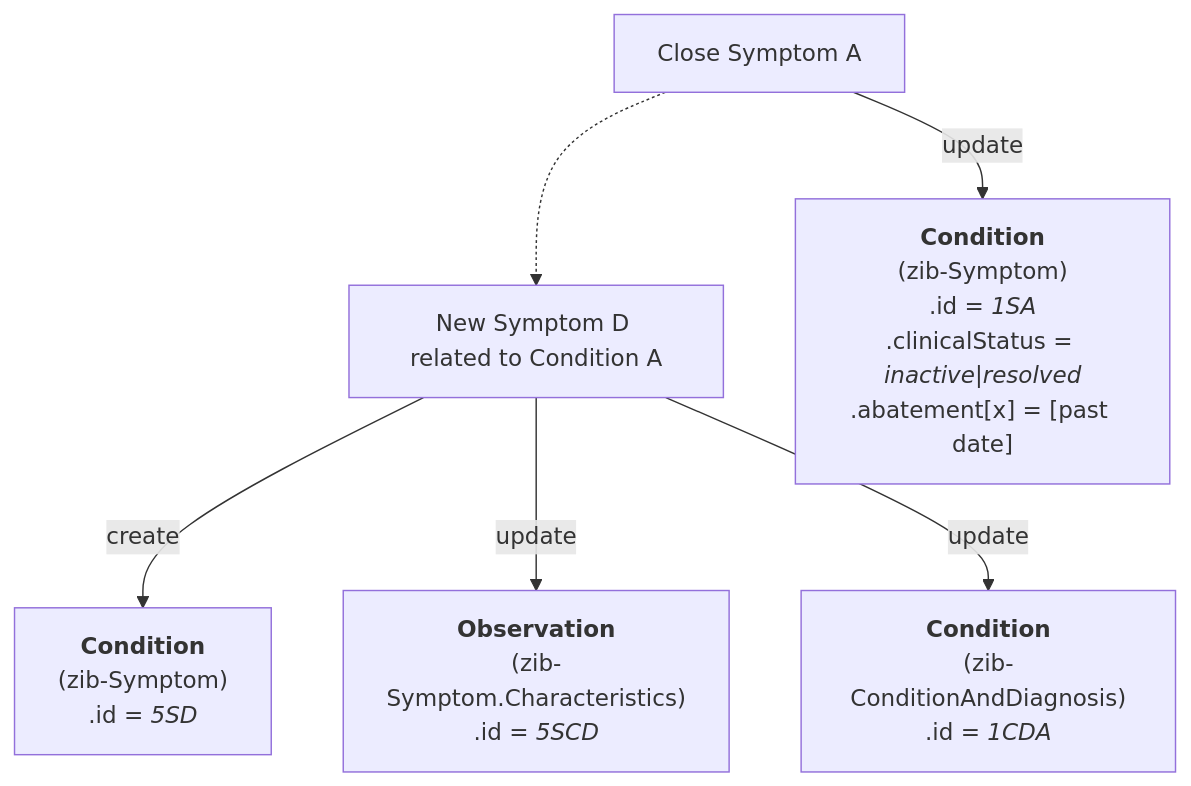
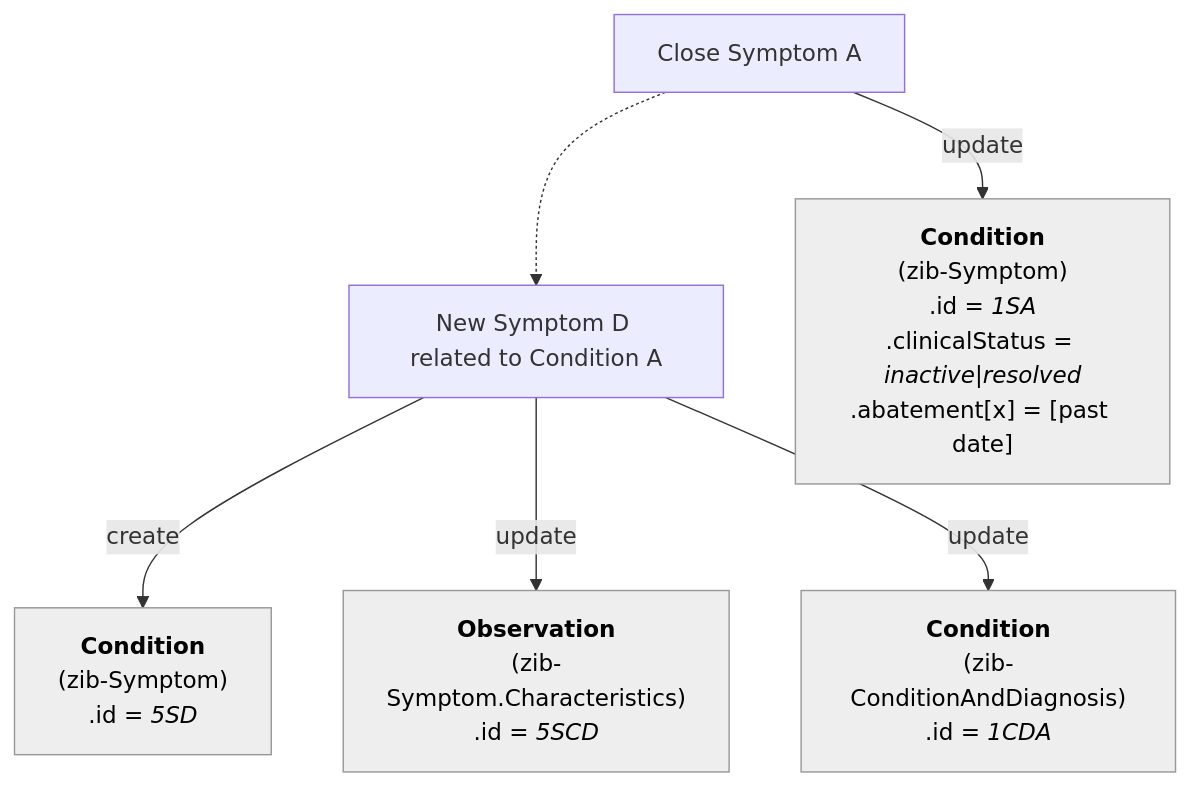
One commit to Nictiz/Nictiz-R4-zib2024 changed the sixth of 8 diagrams in documentation/Condition-Diagnosis-Symptom.md. Above: the diagram before and after it, drawn with Mermaid. The commit also changed other lines of this file and 5 other files, not shown here.

````diff
--- a/documentation/Condition-Diagnosis-Symptom.md
+++ b/documentation/Condition-Diagnosis-Symptom.md
@@ -140,31 +159,37 @@
 ```mermaid
 flowchart TB
 
 CloseSymptom_A["`Close Symptom A`"]
 NewSymptom_D["`New Symptom D related to Condition A`"]
 
 CloseSymptom_A -.-> NewSymptom_D
 
     S_A["`**Condition**
         (zib-Symptom)
         .id = _1SA_
         .clinicalStatus = _inactive_|_resolved_
         .abatement[x] = [past date]`"]    
 
     CD_A["`**Condition**
         (zib-ConditionAndDiagnosis)
         .id = _1CDA_`"] 
 
     S_D["`**Condition**
         (zib-Symptom)
         .id = _5SD_`"]
     SC_D["`**Observation**
         (zib-Symptom.Characteristics)
         .id = _5SCD_`"]    
 
+    S_A:::Ash
+    CD_A:::Ash
+    S_D:::Ash
+    SC_D:::Ash
+    classDef Ash stroke-width:1px, stroke-dasharray:none, stroke:#999999, fill:#EEEEEE, color:#000000
+
 CloseSymptom_A -- update --> S_A
 NewSymptom_D -- create --> S_D
 NewSymptom_D -- update --> SC_D
 NewSymptom_D -- update --> CD_A
 
 ```
````
